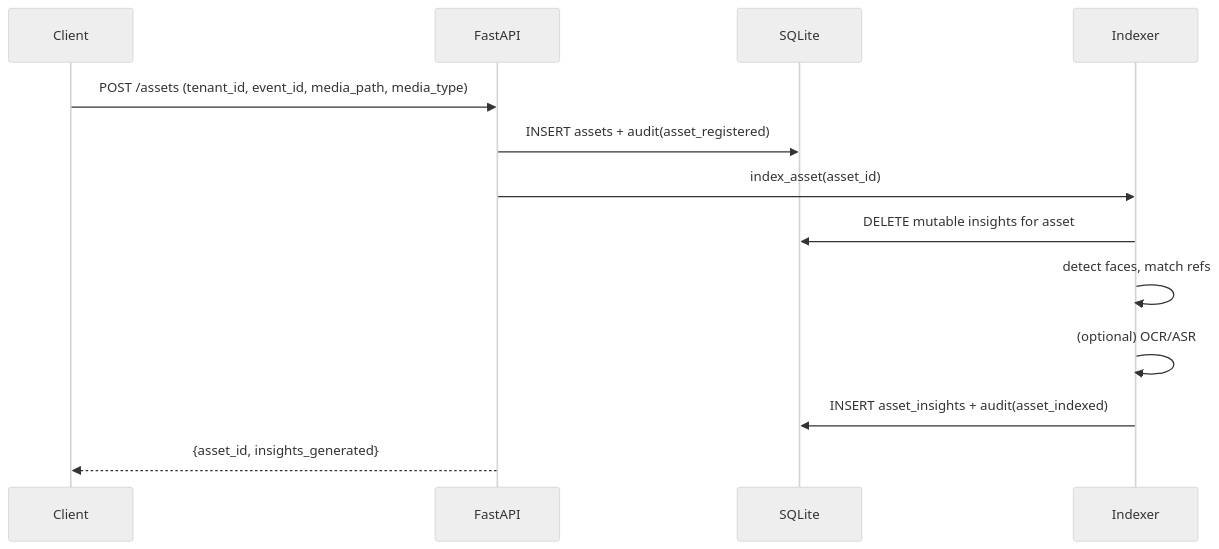
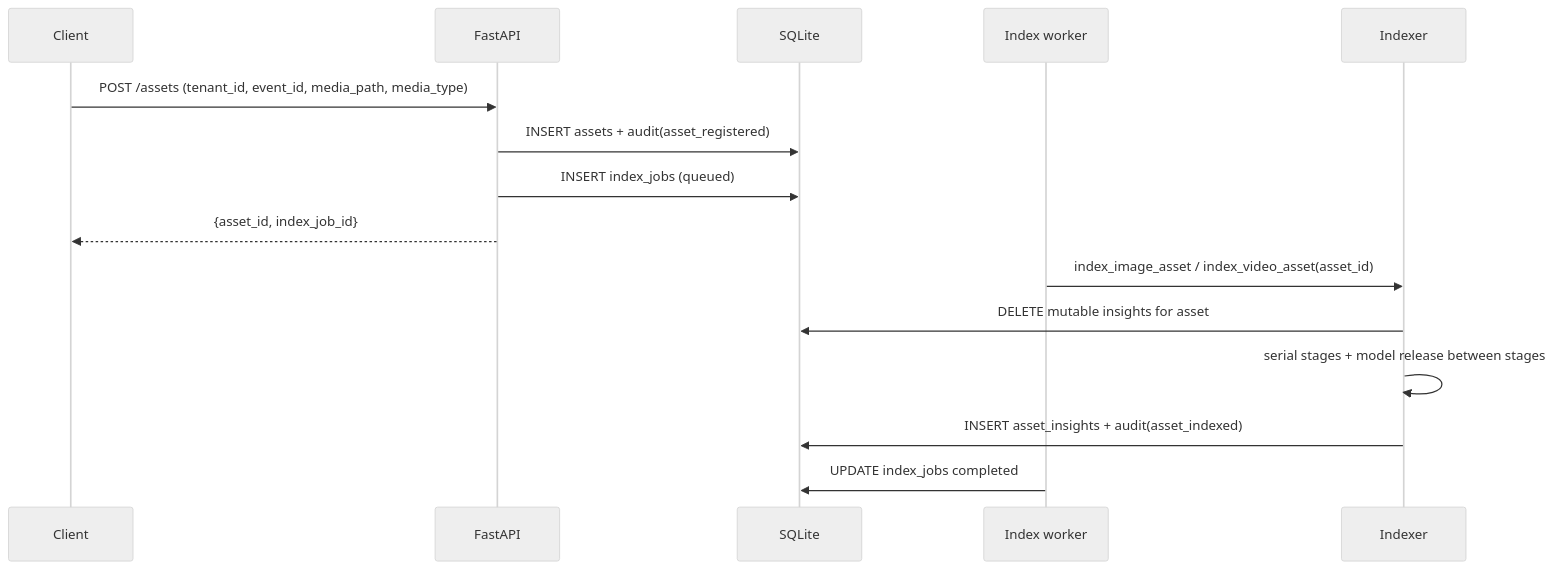
The second of 3 diagrams in docs/architecture.md (5kyguy/videowala), drawn with Mermaid (neutral theme) before and after one commit. The commit also changed other lines of this file and 24 other files, not shown here.

Commit message:
feat: replace concurrent model loading to serial loading

````diff
--- a/docs/architecture.md
+++ b/docs/architecture.md
@@ -50,16 +51,18 @@
 ```mermaid
 sequenceDiagram
   participant C as Client
   participant API as FastAPI
   participant DB as SQLite
+  participant W as Index worker
   participant IDX as Indexer
 
   C->>API: POST /assets (tenant_id, event_id, media_path, media_type)
   API->>DB: INSERT assets + audit(asset_registered)
-  API->>IDX: index_asset(asset_id)
+  API->>DB: INSERT index_jobs (queued)
+  API-->>C: {asset_id, index_job_id}
+  W->>IDX: index_image_asset / index_video_asset(asset_id)
   IDX->>DB: DELETE mutable insights for asset
-  IDX->>IDX: detect faces, match refs
-  IDX->>IDX: (optional) OCR/ASR
+  IDX->>IDX: serial stages + model release between stages
   IDX->>DB: INSERT asset_insights + audit(asset_indexed)
-  API-->>C: {asset_id, insights_generated}
+  W->>DB: UPDATE index_jobs completed
 ```
````
